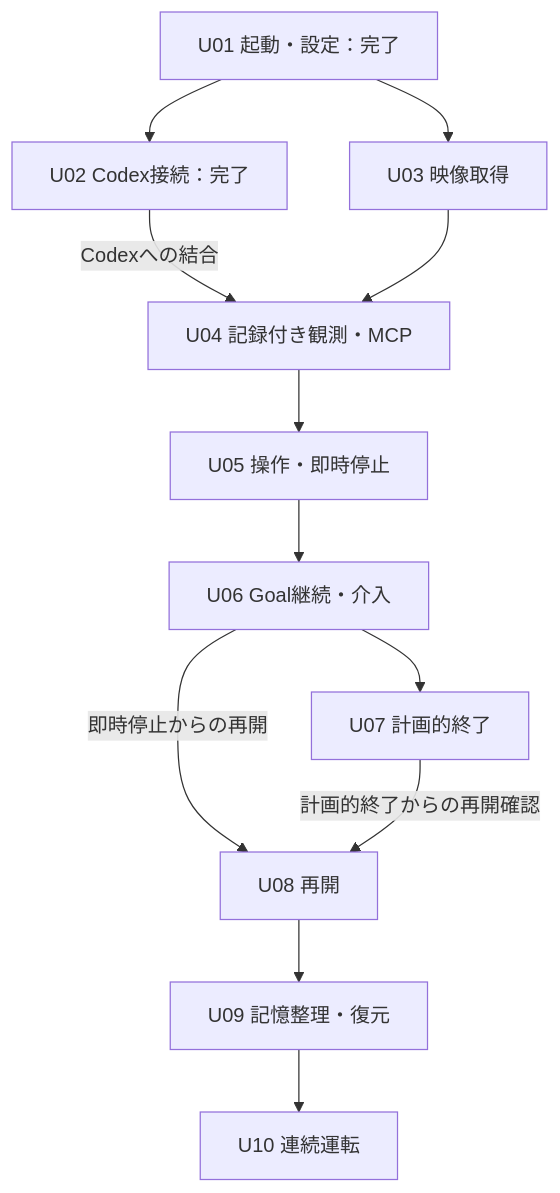
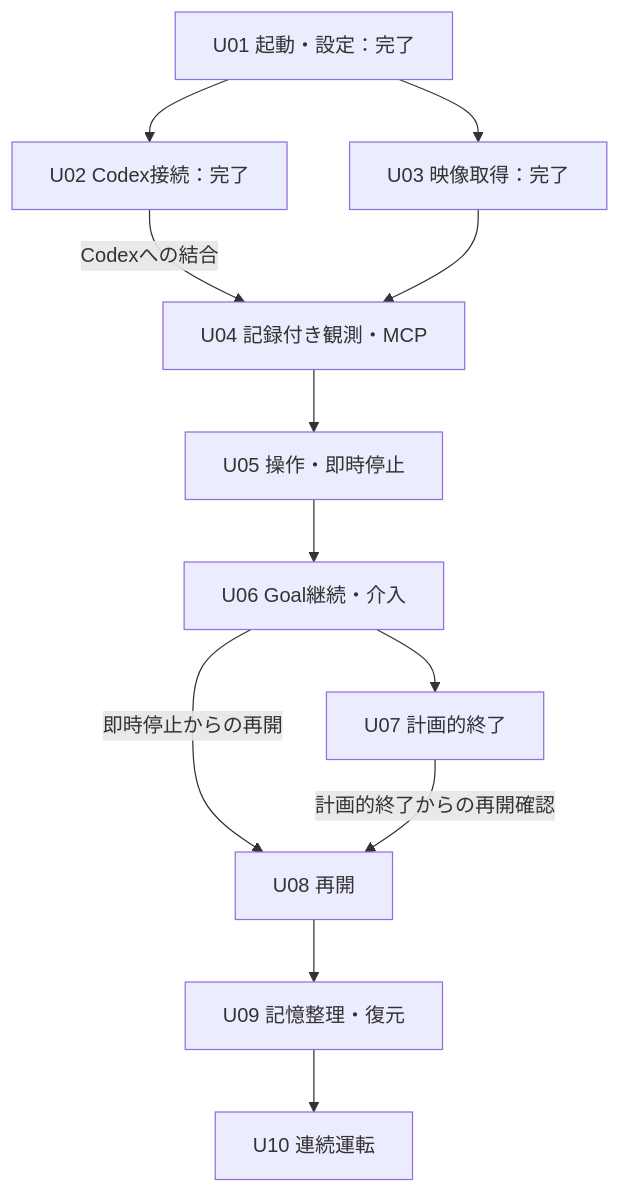
One commit to niart120/Project_Gigas changed the diagram in spec/initial/05-implementation.md. Above: the diagram before and after it, drawn with Mermaid. The commit also changed other lines of this file and 10 other files, not shown here.

````diff
--- a/spec/initial/05-implementation.md
+++ b/spec/initial/05-implementation.md
@@ -49,14 +51,14 @@
 ```mermaid
 flowchart TD
     U01["U01 起動・設定：完了"] --> U02["U02 Codex接続：完了"]
-    U01 --> U03["U03 映像取得"]
+    U01 --> U03["U03 映像取得：完了"]
     U02 -->|"Codexへの結合"| U04["U04 記録付き観測・MCP"]
     U03 --> U04
     U04 --> U05["U05 操作・即時停止"]
     U05 --> U06["U06 Goal継続・介入"]
     U06 --> U07["U07 計画的終了"]
     U06 -->|"即時停止からの再開"| U08["U08 再開"]
     U07 -->|"計画的終了からの再開確認"| U08
     U08 --> U09["U09 記憶整理・復元"]
     U09 --> U10["U10 連続運転"]
 ```
````
